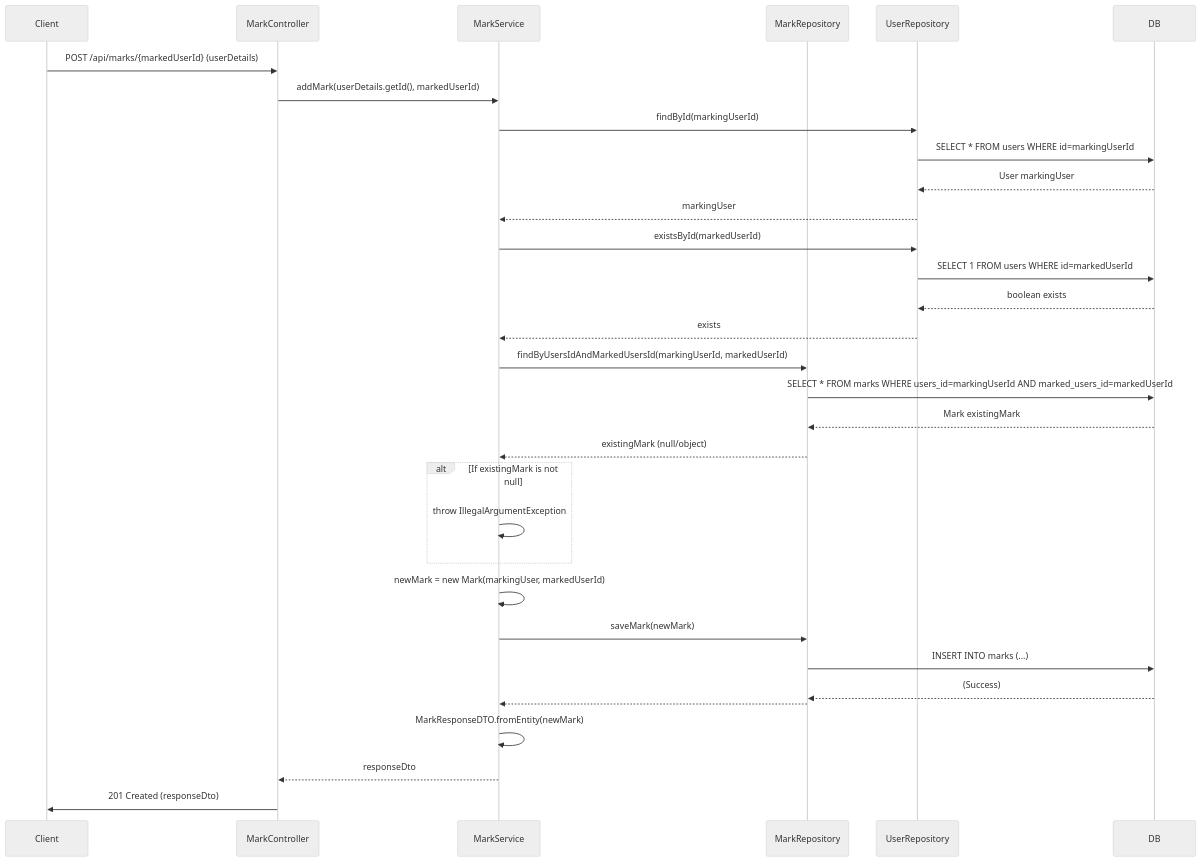
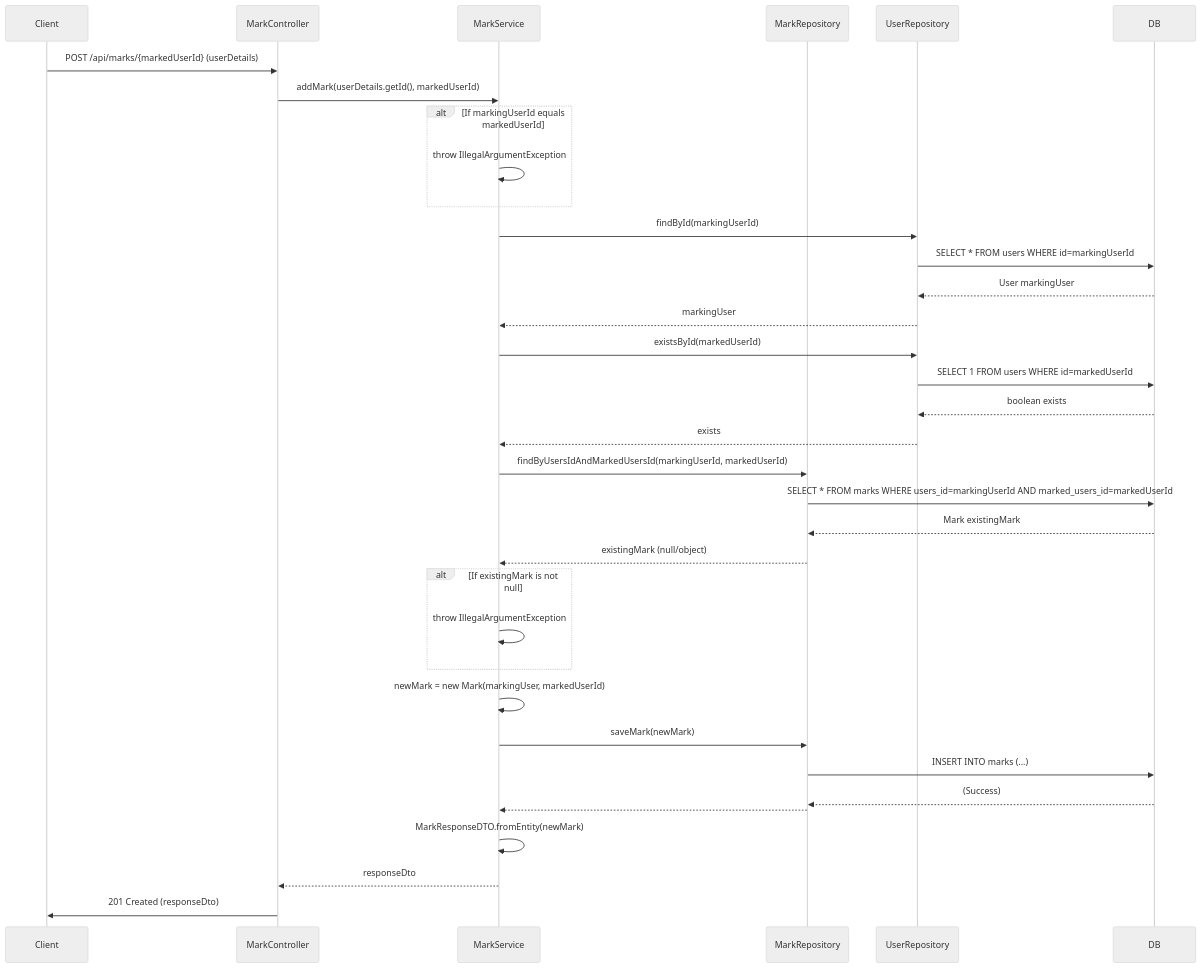
The diagram in SDS/sequenceDiagram/markSequenceDiagram/markAddSequenceDiagram.md (Wooong-E/game-s-cord), drawn with Mermaid (neutral theme) before and after one commit. The commit also changed other lines of this file and 1 other file, not shown here.

Commit message:
fix : Sequence Diagram 수정

````diff
--- a/SDS/sequenceDiagram/markSequenceDiagram/markAddSequenceDiagram.md
+++ b/SDS/sequenceDiagram/markSequenceDiagram/markAddSequenceDiagram.md
@@ -3,42 +3,46 @@
 ```mermaid
 sequenceDiagram
     participant Client
     participant Controller as MarkController
     participant Service as MarkService
     participant MarkRepo as MarkRepository
     participant UserRepo as UserRepository
     participant DB
 
     Client->>Controller: POST /api/marks/{markedUserId} (userDetails)
     Controller->>Service: addMark(userDetails.getId(), markedUserId)
+
+    alt If markingUserId equals markedUserId
+        Service->>Service: throw IllegalArgumentException
+    end
 
     Service->>UserRepo: findById(markingUserId)
     UserRepo->>DB: SELECT * FROM users WHERE id=markingUserId
     DB-->>UserRepo: User markingUser
     UserRepo-->>Service: markingUser
 
     Service->>UserRepo: existsById(markedUserId)
     UserRepo->>DB: SELECT 1 FROM users WHERE id=markedUserId
     DB-->>UserRepo: boolean exists
     UserRepo-->>Service: exists
 
     Service->>MarkRepo: findByUsersIdAndMarkedUsersId(markingUserId, markedUserId)
     MarkRepo->>DB: SELECT * FROM marks WHERE users_id=markingUserId AND marked_users_id=markedUserId
     DB-->>MarkRepo: Mark existingMark
     MarkRepo-->>Service: existingMark (null/object)
     
     alt If existingMark is not null
         Service->>Service: throw IllegalArgumentException
     end
 
     Service->>Service: newMark = new Mark(markingUser, markedUserId)
     
     Service->>MarkRepo: saveMark(newMark)
     MarkRepo->>DB: INSERT INTO marks (...)
     DB-->>MarkRepo: (Success)
     MarkRepo-->>Service: 
     
     Service->>Service: MarkResponseDTO.fromEntity(newMark)
     Service-->>Controller: responseDto
     Controller->>Client: 201 Created (responseDto)
 ```
````
